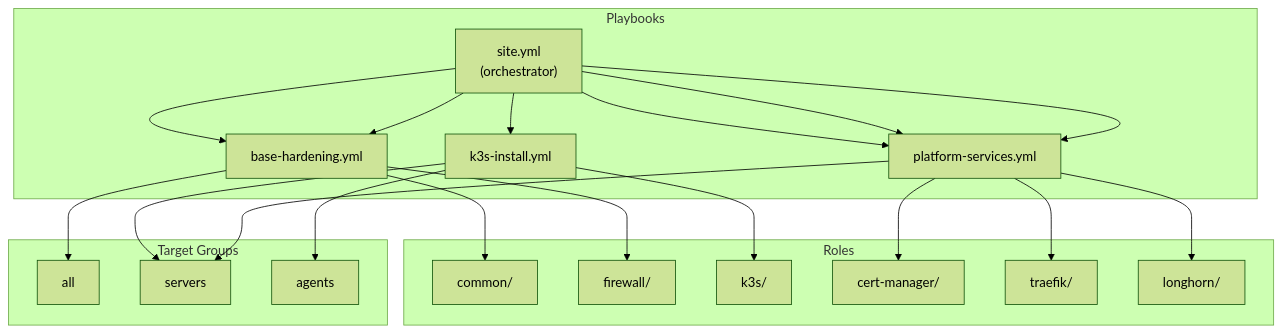
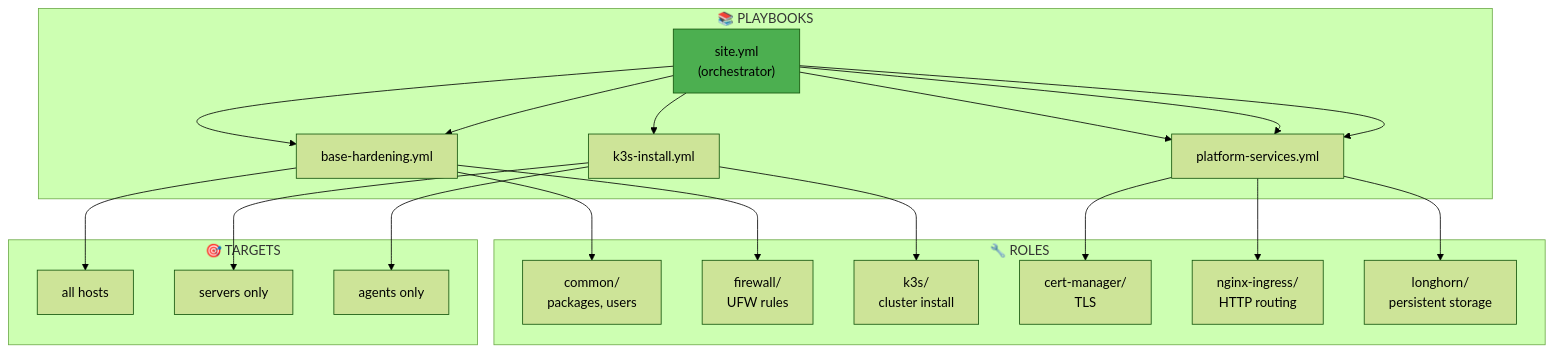
The third of 5 diagrams in DevOps/02-Engineering/03-Configuration-Management.md (PearlThoughtsInternship/Internship-Obsidian-Vault), drawn with Mermaid (forest theme) before and after one commit. The commit also changed other lines of this file, not shown here.

````diff
--- a/DevOps/02-Engineering/03-Configuration-Management.md
+++ b/DevOps/02-Engineering/03-Configuration-Management.md
@@ -152,36 +159,37 @@
 ```mermaid
 flowchart TB
-    subgraph Playbooks["Playbooks"]
-        Site["site.yml\n(orchestrator)"]
+    subgraph Playbooks["📚 PLAYBOOKS"]
+        Site["site.yml<br/>(orchestrator)"]
         Base["base-hardening.yml"]
         K3S["k3s-install.yml"]
-        Apps["platform-services.yml"]
+        Platform["platform-services.yml"]
     end
 
-    subgraph Roles["Roles"]
-        Common["common/"]
-        FW["firewall/"]
-        K3SRole["k3s/"]
-        Cert["cert-manager/"]
-        Ingress["traefik/"]
-        Storage["longhorn/"]
+    subgraph Roles["🔧 ROLES"]
+        Common["common/<br/>packages, users"]
+        FW["firewall/<br/>UFW rules"]
+        K3SRole["k3s/<br/>cluster install"]
+        Cert["cert-manager/<br/>TLS"]
+        Ingress["nginx-ingress/<br/>HTTP routing"]
+        Storage["longhorn/<br/>persistent storage"]
     end
 
-    subgraph Targets["Target Groups"]
-        All["all"]
-        Servers["servers"]
-        Agents["agents"]
+    subgraph Targets["🎯 TARGETS"]
+        All["all hosts"]
+        Servers["servers only"]
+        Agents["agents only"]
     end
 
     Site --> Base --> Common
     Site --> Base --> FW
     Site --> K3S --> K3SRole
-    Site --> Apps --> Cert
-    Site --> Apps --> Ingress
-    Site --> Apps --> Storage
+    Site --> Platform --> Cert
+    Site --> Platform --> Ingress
+    Site --> Platform --> Storage
 
     Base --> All
     K3S --> Servers
     K3S --> Agents
-    Apps --> Servers
+
+    style Site fill:#4CAF50
 ```
````
